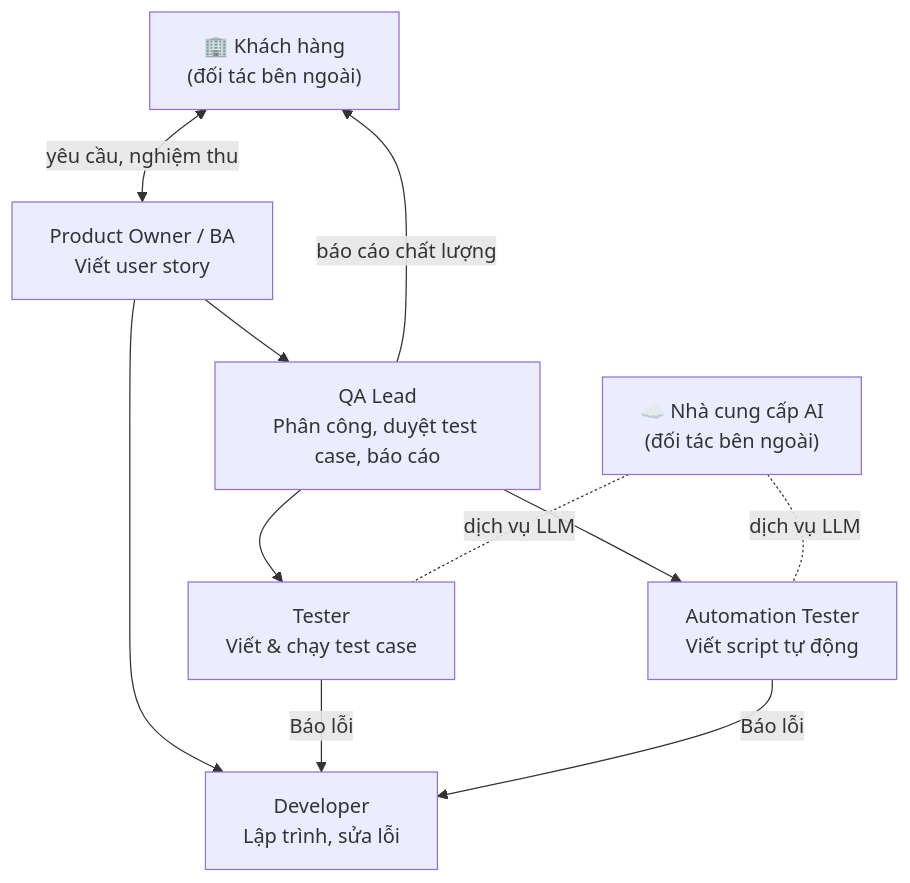
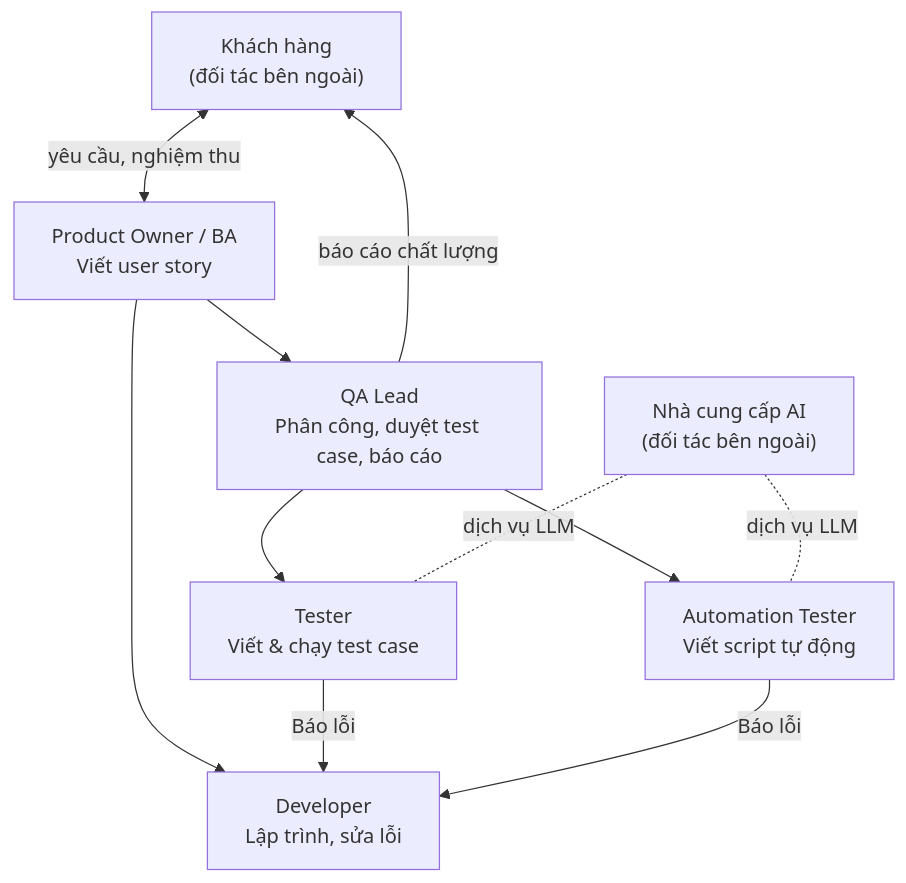
One commit to quangphuoc73/Phan_Mem_Quan_Ly_Test_Cases changed the second of 3 diagrams in docs/01_KhaoSatHienTrang.md. Above: the diagram before and after it, drawn with Mermaid. The commit also changed 14 other files, not shown here.

First line of the commit message:
docs: vẽ lại ERD bằng draw.io từ schema.sql, đơn giản giao diện báo cáo

````diff
--- a/docs/01_KhaoSatHienTrang.md
+++ b/docs/01_KhaoSatHienTrang.md
@@ -44,13 +44,13 @@
 ```mermaid
 flowchart TD
-    KH["🏢 Khách hàng<br/>(đối tác bên ngoài)"] <-->|"yêu cầu, nghiệm thu"| PM
+    KH["Khách hàng<br/>(đối tác bên ngoài)"] <-->|"yêu cầu, nghiệm thu"| PM
     PM["Product Owner / BA<br/>Viết user story"] --> QAL["QA Lead<br/>Phân công, duyệt test case, báo cáo"]
     PM --> DEV["Developer<br/>Lập trình, sửa lỗi"]
     QAL --> T1["Tester<br/>Viết & chạy test case"]
     QAL --> T2["Automation Tester<br/>Viết script tự động"]
     QAL -->|"báo cáo chất lượng"| KH
     T1 -->|Báo lỗi| DEV
     T2 -->|Báo lỗi| DEV
-    AI["☁️ Nhà cung cấp AI<br/>(đối tác bên ngoài)"] -. "dịch vụ LLM" .- T1
+    AI["Nhà cung cấp AI<br/>(đối tác bên ngoài)"] -. "dịch vụ LLM" .- T1
     AI -. "dịch vụ LLM" .- T2
 ```
````
